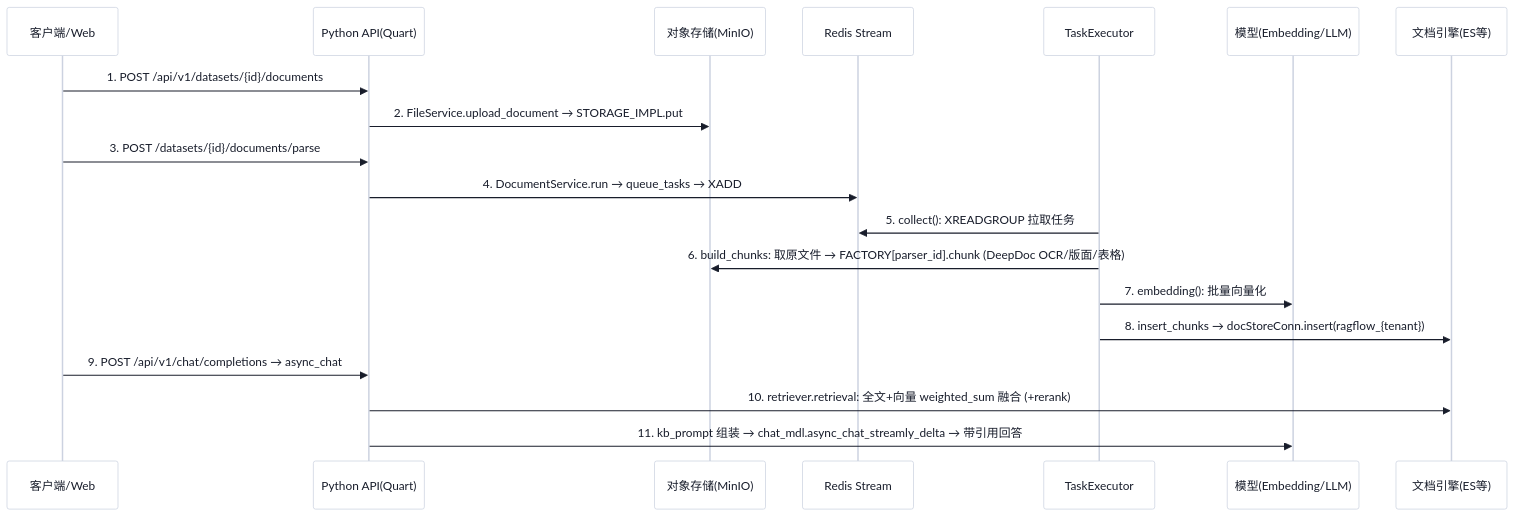
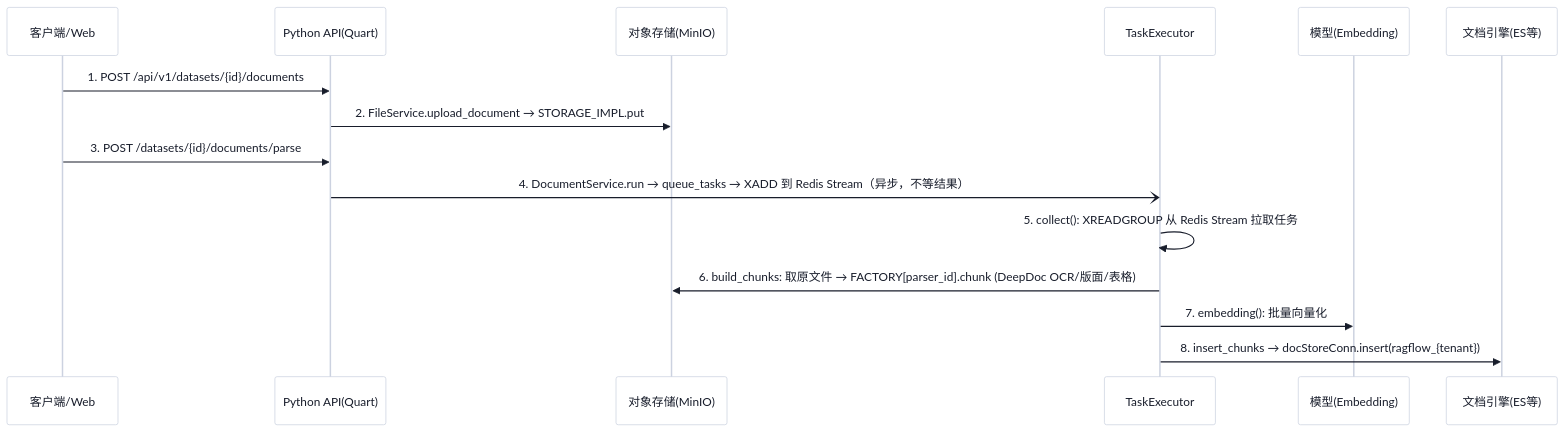
Before and after one commit to ReyYoung/repo-dissect: the second of 3 diagrams in examples/ragflow/02-技术架构.md, drawn with Mermaid. The commit also changed other lines of this file and 16 other files, not shown here.

````diff
--- a/examples/ragflow/02-技术架构.md
+++ b/examples/ragflow/02-技术架构.md
@@ -176,22 +178,18 @@
 ```mermaid
 %%{init: {"theme": "base", "fontFamily": "-apple-system, Segoe UI, PingFang SC, Noto Sans CJK SC, Microsoft YaHei, sans-serif", "themeVariables": {"fontSize": "13px", "primaryColor": "#FFFFFF", "primaryBorderColor": "#CCD2E0", "primaryTextColor": "#181D2B", "lineColor": "#59627A", "secondaryColor": "#F6F7FA", "tertiaryColor": "#F6F7FA", "clusterBkg": "#F6F7FA", "clusterBorder": "#F6F7FA", "actorBkg": "#FFFFFF", "actorBorder": "#CCD2E0", "noteBkgColor": "#FCF0DC", "noteBorderColor": "#A25E00"}}}%%
 sequenceDiagram
   participant C as 客户端/Web
   participant API as Python API(Quart)
   participant S as 对象存储(MinIO)
-  participant R as Redis Stream
   participant TE as TaskExecutor
-  participant M as 模型(Embedding/LLM)
+  participant M as 模型(Embedding)
   participant E as 文档引擎(ES等)
   C->>API: 1. POST /api/v1/datasets/{id}/documents
   API->>S: 2. FileService.upload_document → STORAGE_IMPL.put
   C->>API: 3. POST /datasets/{id}/documents/parse
-  API->>R: 4. DocumentService.run → queue_tasks → XADD
-  TE->>R: 5. collect(): XREADGROUP 拉取任务
+  API-)TE: 4. DocumentService.run → queue_tasks → XADD 到 Redis Stream（异步，不等结果）
+  TE->>TE: 5. collect(): XREADGROUP 从 Redis Stream 拉取任务
   TE->>S: 6. build_chunks: 取原文件 → FACTORY[parser_id].chunk (DeepDoc OCR/版面/表格)
   TE->>M: 7. embedding(): 批量向量化
   TE->>E: 8. insert_chunks → docStoreConn.insert(ragflow_{tenant})
-  C->>API: 9. POST /api/v1/chat/completions → async_chat
-  API->>E: 10. retriever.retrieval: 全文+向量 weighted_sum 融合 (+rerank)
-  API->>M: 11. kb_prompt 组装 → chat_mdl.async_chat_streamly_delta → 带引用回答
 ```
````
